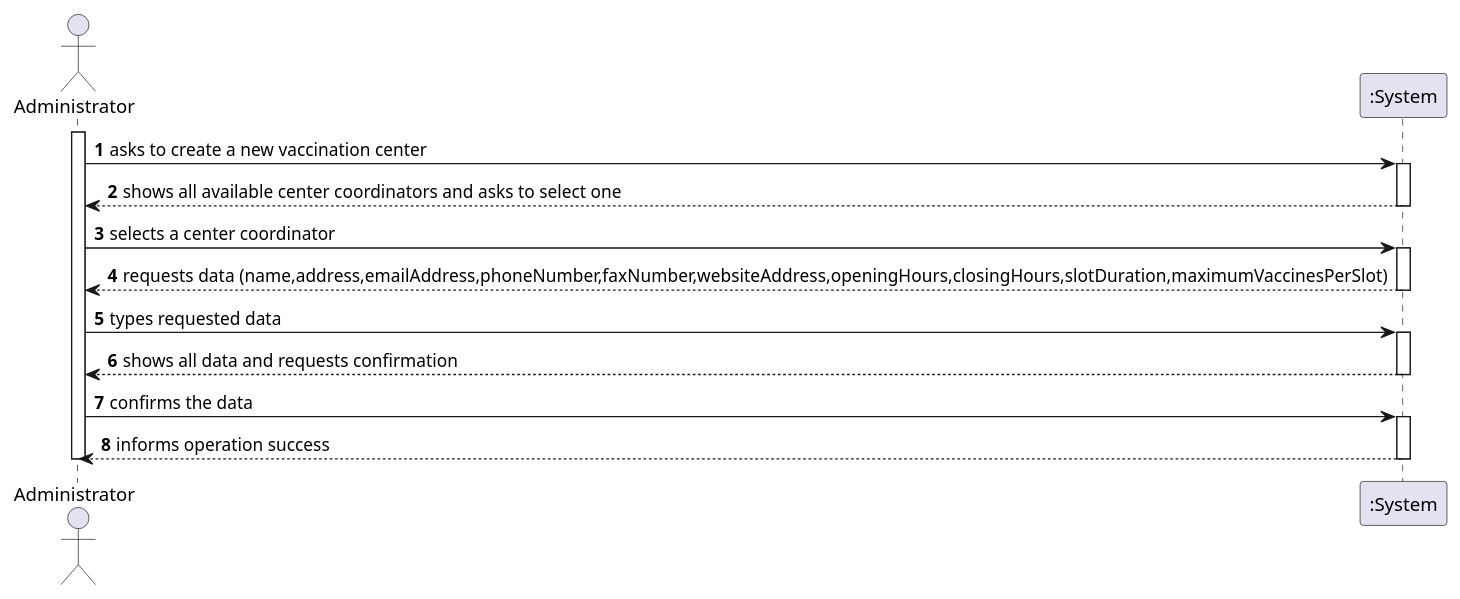
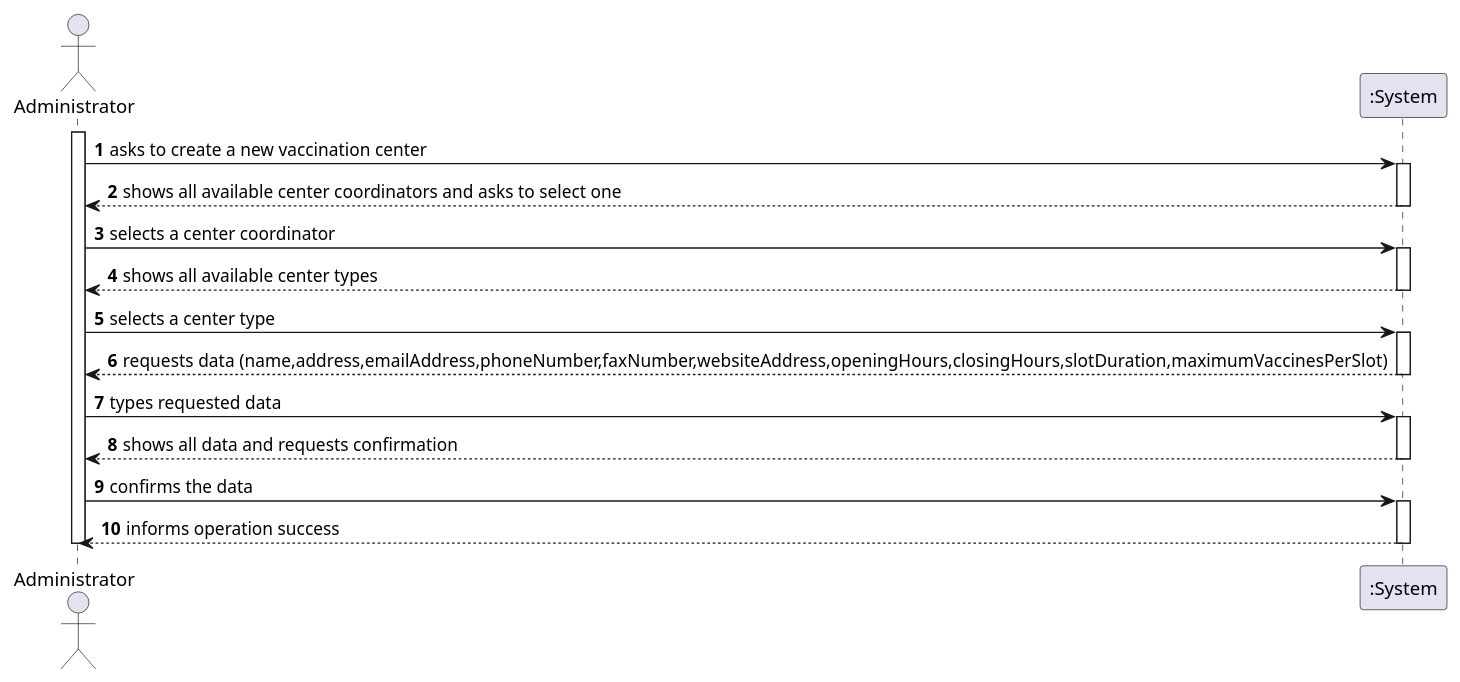
One commit to miseEnPlace-i/lapr2 changed the diagram in docs/SprintB/US09/SSD/US09_SSD_V2.puml. Above: the diagram before and after it, drawn with PlantUML. The commit also changed 3 other files, not shown here.

```diff
--- a/docs/SprintB/US09/SSD/US09_SSD_V2.puml
+++ b/docs/SprintB/US09/SSD/US09_SSD_V2.puml
@@ -1,31 +1,37 @@
 @startuml US09_SSD_V2
 autonumber
 actor "Administrator" as Administrator
 
 activate Administrator
 
 Administrator -> ":System" : asks to create a new vaccination center
 activate ":System"
 ":System" --> Administrator : shows all available center coordinators and asks to select one
 deactivate ":System"
 
 Administrator -> ":System" : selects a center coordinator
+activate ":System"
+
+":System" --> Administrator : shows all available center types
+deactivate ":System"
+
+Administrator -> ":System" : selects a center type
 activate ":System"
 
 ":System" --> Administrator : requests data (name,address,emailAddress,phoneNumber,faxNumber,websiteAddress,openingHours,closingHours,slotDuration,maximumVaccinesPerSlot)
 deactivate ":System"
 
 Administrator -> ":System" : types requested data
 activate ":System"
 
 ":System" --> Administrator : shows all data and requests confirmation
 deactivate ":System"
 
 Administrator -> ":System" : confirms the data
 activate ":System"
 ":System" -->Administrator : informs operation success
 deactivate ":System"
 
 deactivate Administrator
 
 @enduml
```
